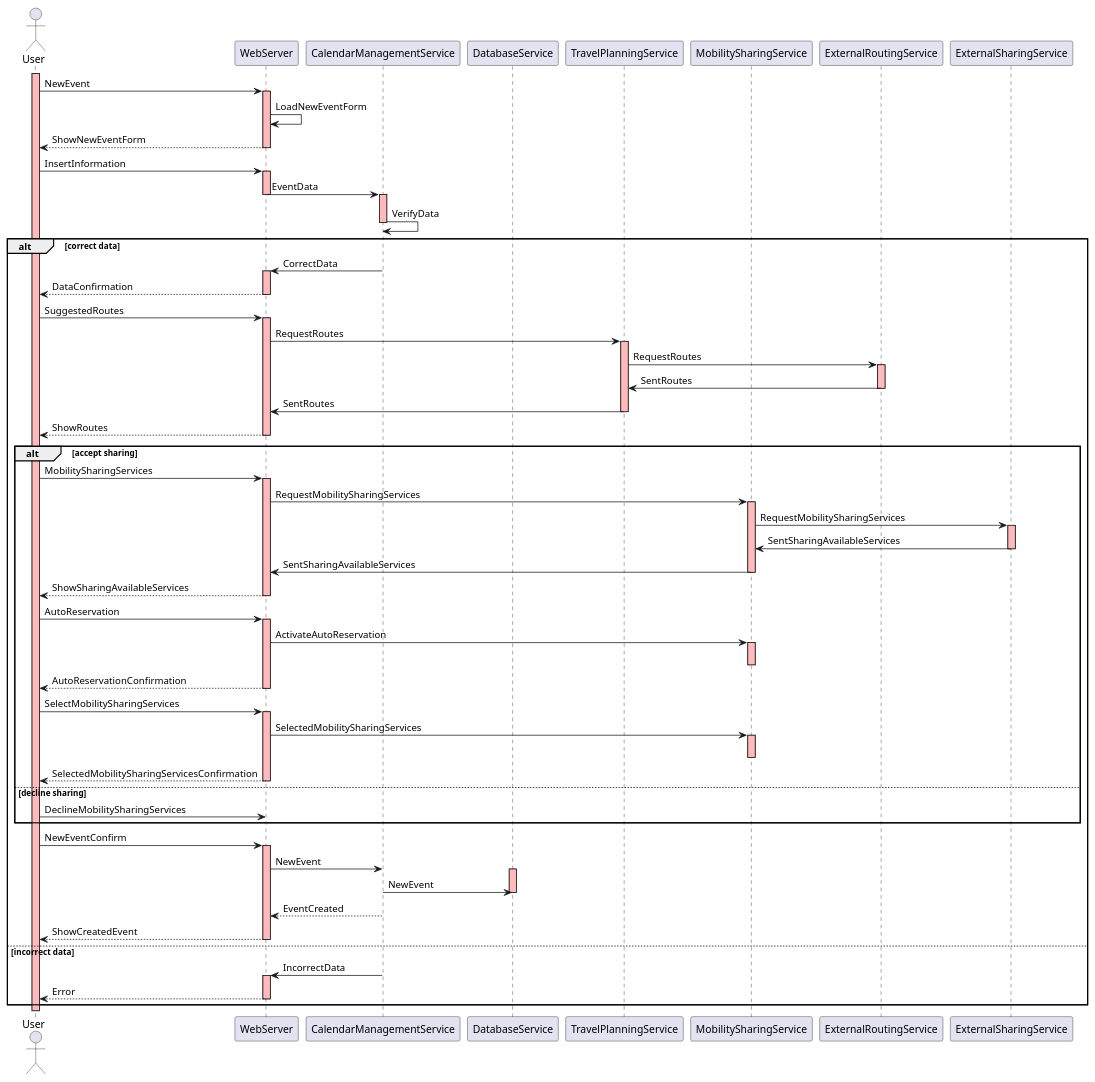
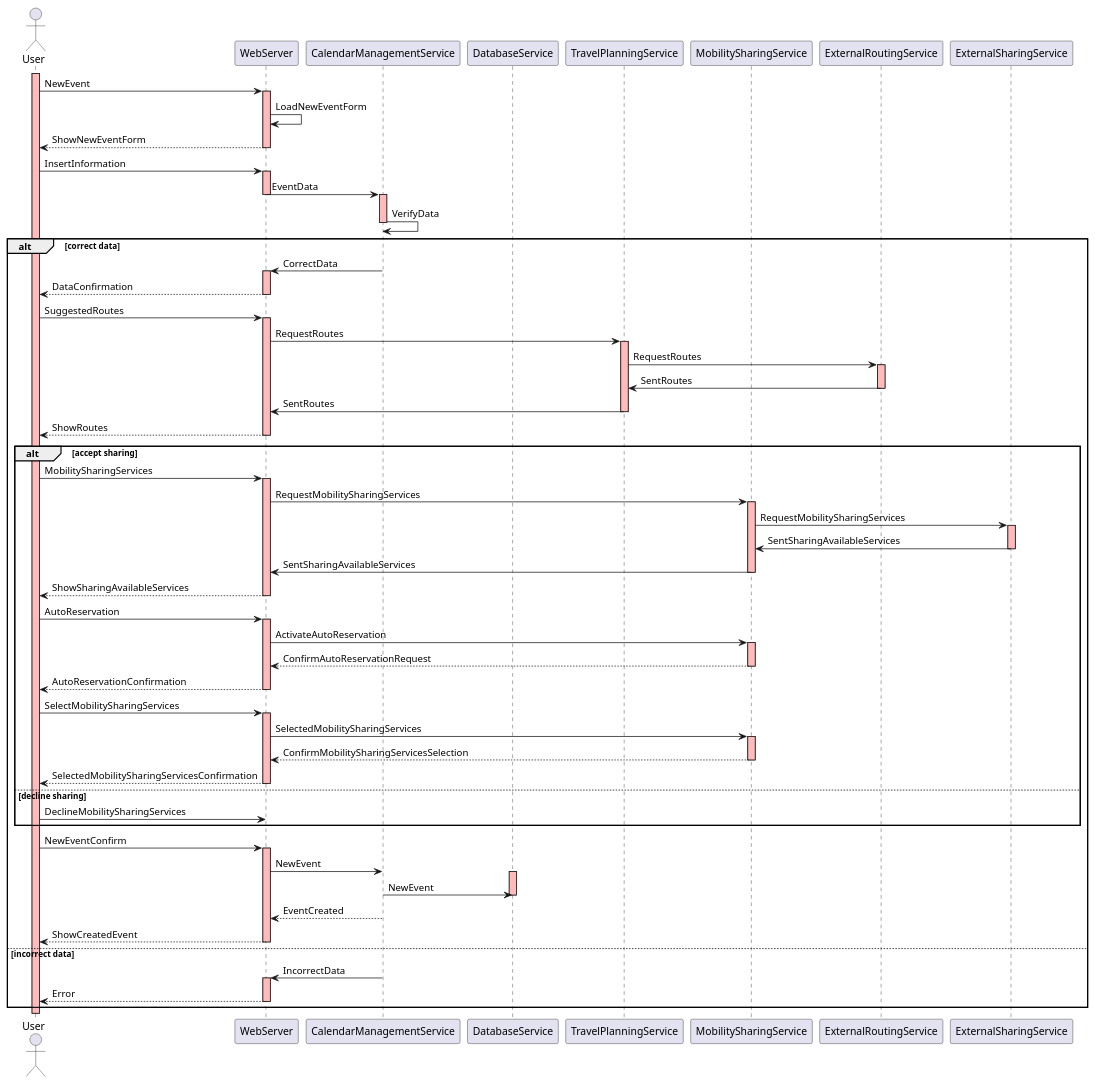
The diagram in design_document/diagrams/sequence_diagram/sequence-diagram_newEvent2.plantuml (fcremo/AlfonsoCarsenzuolaCremonese-ingsw2), drawn with PlantUML before and after one commit. The commit also changed 2 other files, not shown here.

Commit message:
update sequence diagram

```diff
--- a/design_document/diagrams/sequence_diagram/sequence-diagram_newEvent2.plantuml
+++ b/design_document/diagrams/sequence_diagram/sequence-diagram_newEvent2.plantuml
@@ -1,91 +1,93 @@
 @startuml
 
 actor User
 participant WebServer
 participant CalendarManagementService
 participant DatabaseService
 participant TravelPlanningService
 participant MobilitySharingService
 participant ExternalRoutingService
 participant ExternalSharingService
 
 activate User #FFBBBB
 User -> WebServer: NewEvent
 activate WebServer #FFBBBB
 WebServer -> WebServer: LoadNewEventForm
 WebServer --> User: ShowNewEventForm
 deactivate WebServer
 User -> WebServer: InsertInformation
 activate WebServer #FFBBBB
 WebServer -> CalendarManagementService: EventData
 deactivate WebServer
 activate CalendarManagementService #FFBBBB
 CalendarManagementService -> CalendarManagementService: VerifyData
 deactivate CalendarManagementService
 
 alt correct data
   CalendarManagementService -> WebServer: CorrectData
   activate WebServer #FFBBBB
   WebServer --> User: DataConfirmation
   deactivate WebServer
   User -> WebServer: SuggestedRoutes
   activate WebServer #FFBBBB
   WebServer -> TravelPlanningService: RequestRoutes
   activate TravelPlanningService #FFBBBB
   TravelPlanningService -> ExternalRoutingService: RequestRoutes
   activate ExternalRoutingService #FFBBBB
   ExternalRoutingService -> TravelPlanningService: SentRoutes
   deactivate ExternalRoutingService
   TravelPlanningService -> WebServer: SentRoutes
   deactivate TravelPlanningService
   WebServer --> User: ShowRoutes
   deactivate WebServer
 
   alt accept sharing
     User -> WebServer: MobilitySharingServices
     activate WebServer #FFBBBB
     WebServer -> MobilitySharingService: RequestMobilitySharingServices
     activate MobilitySharingService #FFBBBB
     MobilitySharingService -> ExternalSharingService: RequestMobilitySharingServices
     activate ExternalSharingService #FFBBBB
     ExternalSharingService -> MobilitySharingService: SentSharingAvailableServices
     deactivate ExternalSharingService
     MobilitySharingService -> WebServer: SentSharingAvailableServices
     deactivate MobilitySharingService
     WebServer --> User: ShowSharingAvailableServices
     deactivate WebServer
     User -> WebServer: AutoReservation
     activate WebServer #FFBBBB
     WebServer -> MobilitySharingService: ActivateAutoReservation
     activate MobilitySharingService #FFBBBB
+    MobilitySharingService --> WebServer: ConfirmAutoReservationRequest
     deactivate MobilitySharingService
     WebServer --> User: AutoReservationConfirmation
     deactivate WebServer
     User -> WebServer: SelectMobilitySharingServices
     activate WebServer #FFBBBB
     WebServer -> MobilitySharingService: SelectedMobilitySharingServices
     activate MobilitySharingService #FFBBBB
+    MobilitySharingService --> WebServer: ConfirmMobilitySharingServicesSelection
     deactivate MobilitySharingService
     WebServer --> User: SelectedMobilitySharingServicesConfirmation
     deactivate WebServer
   else decline sharing
     User -> WebServer: DeclineMobilitySharingServices
   end
 
   User -> WebServer: NewEventConfirm
   activate WebServer #FFBBBB
   WebServer -> CalendarManagementService: NewEvent
   activate DatabaseService #FFBBBB
   CalendarManagementService -> DatabaseService: NewEvent
   deactivate DatabaseService
   CalendarManagementService --> WebServer: EventCreated
   WebServer --> User: ShowCreatedEvent
   deactivate WebServer
 else incorrect data
   CalendarManagementService -> WebServer: IncorrectData
   activate WebServer #FFBBBB
   WebServer --> User: Error
   deactivate WebServer
 end
 
 @enduml
```
